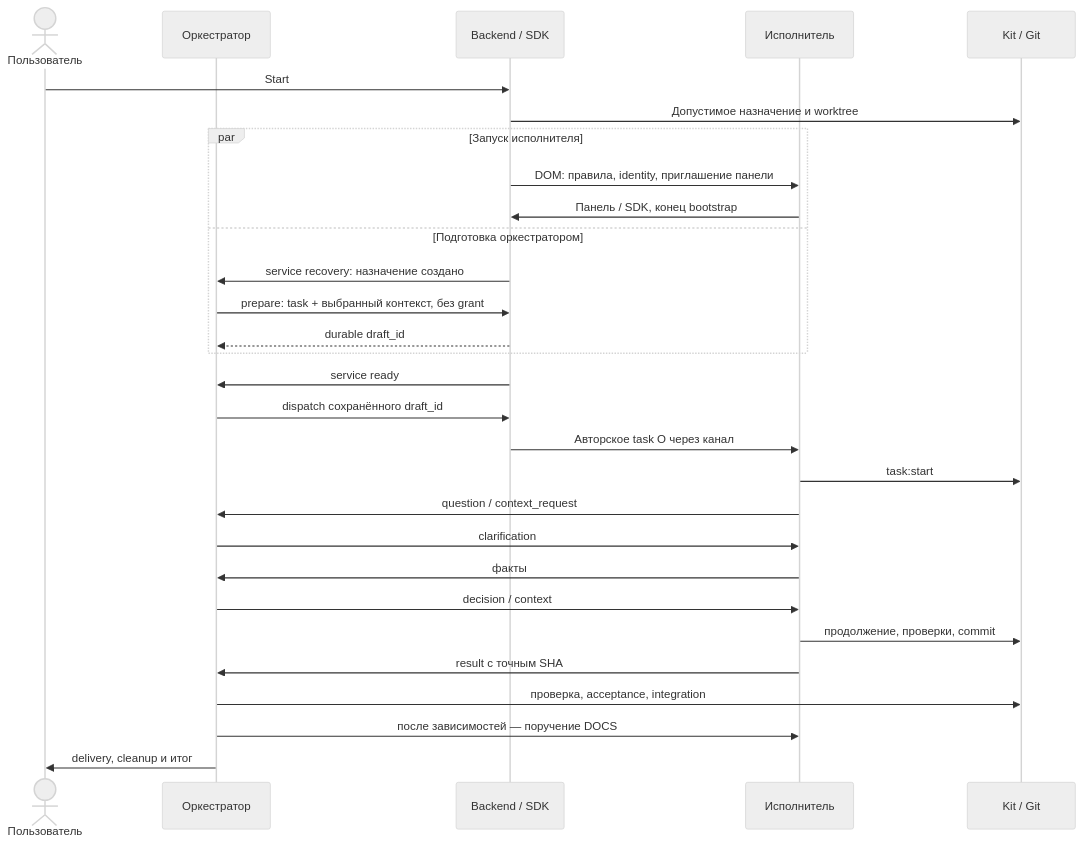
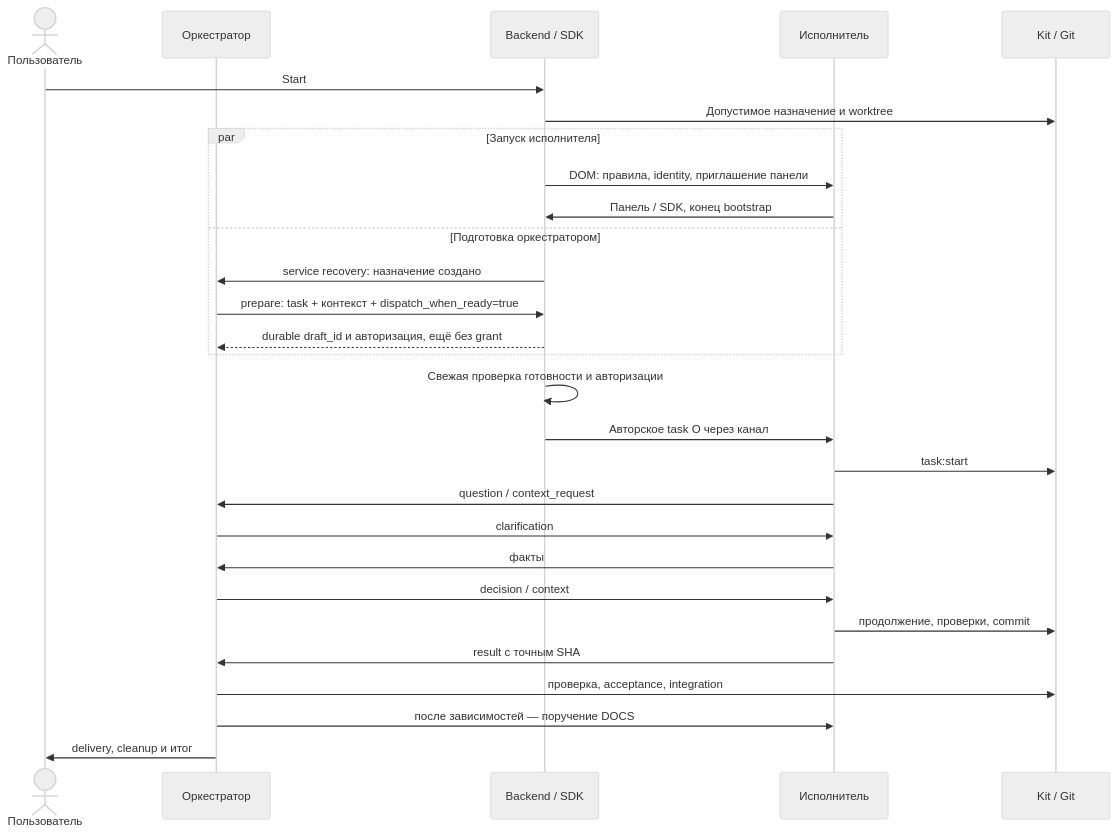
The diagram in docs/modules/assignment-dialogue.md (OleynikAleksandr/Workflow_Pilot), drawn with Mermaid (neutral theme) before and after one commit. The commit also changed other lines of this file and 21 other files, not shown here.

````diff
--- a/docs/modules/assignment-dialogue.md
+++ b/docs/modules/assignment-dialogue.md
@@ -20,31 +20,30 @@
 ```mermaid
 sequenceDiagram
     actor U as Пользователь
     participant O as Оркестратор
     participant B as Backend / SDK
     participant E as Исполнитель
     participant K as Kit / Git
     U->>B: Start
     B->>K: Допустимое назначение и worktree
     par Запуск исполнителя
         B->>E: DOM: правила, identity, приглашение панели
         E->>B: Панель / SDK, конец bootstrap
     and Подготовка оркестратором
         B->>O: service recovery: назначение создано
-        O->>B: prepare: task + выбранный контекст, без grant
-        B-->>O: durable draft_id
+        O->>B: prepare: task + контекст + dispatch_when_ready=true
+        B-->>O: durable draft_id и авторизация, ещё без grant
     end
-    B->>O: service ready
-    O->>B: dispatch сохранённого draft_id
+    B->>B: Свежая проверка готовности и авторизации
     B->>E: Авторское task O через канал
     E->>K: task:start
     E->>O: question / context_request
     O->>E: clarification
     E->>O: факты
     O->>E: decision / context
     E->>K: продолжение, проверки, commit
     E->>O: result с точным SHA
     O->>K: проверка, acceptance, integration
     O->>E: после зависимостей — поручение DOCS
     O->>U: delivery, cleanup и итог
 ```
````
